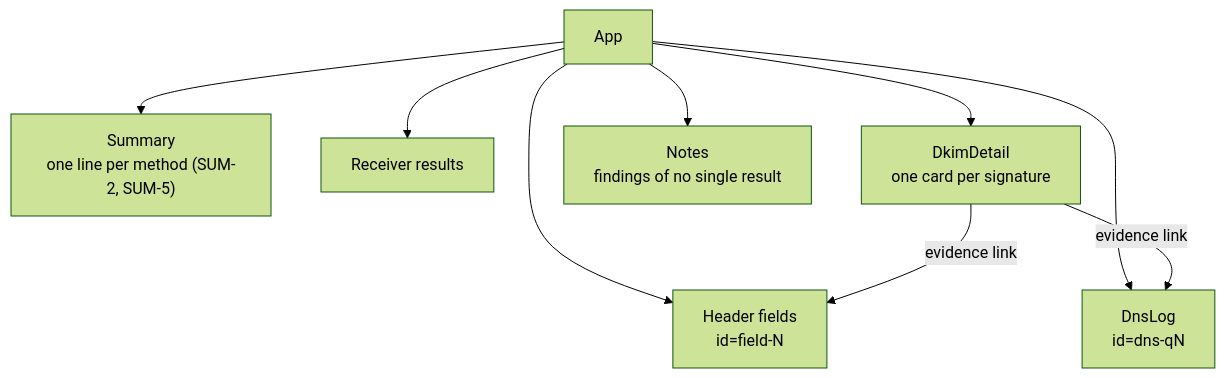
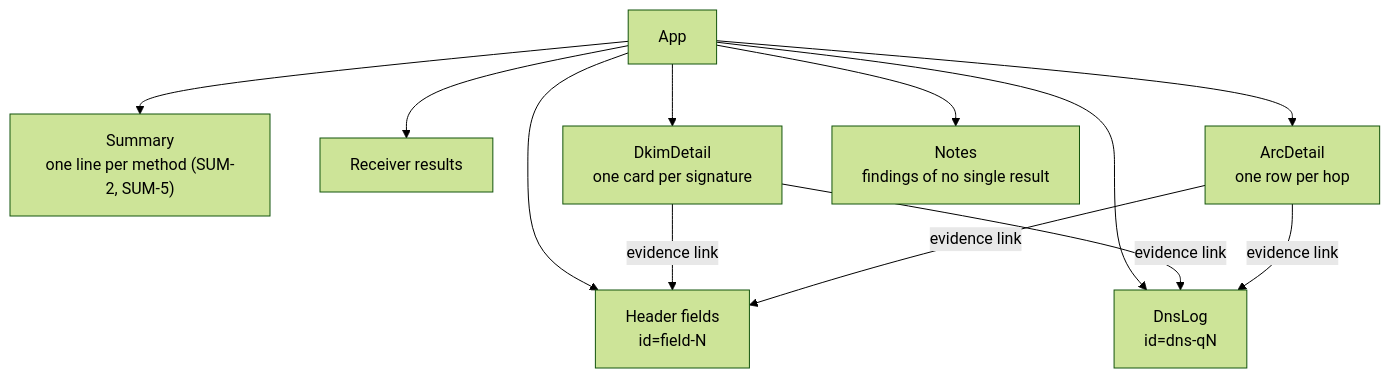
The third of 3 diagrams in docs/explanation/mail-design/ui.md (photom/benchside), drawn with Mermaid (forest theme) before and after one commit. The commit also changed other lines of this file and 6 other files, not shown here.

First line of the commit message:
Show the ARC chain in the mail app

````diff
--- a/docs/explanation/mail-design/ui.md
+++ b/docs/explanation/mail-design/ui.md
@@ -79,10 +79,11 @@
 ```mermaid
 flowchart TD
   App --> Summary["Summary<br/>one line per method (SUM-2, SUM-5)"]
   App --> Receiver[Receiver results]
   App --> Dkim["DkimDetail<br/>one card per signature"]
+  App --> Arc["ArcDetail<br/>one row per hop"]
   App --> Notes["Notes<br/>findings of no single result"]
   App --> Headers["Header fields<br/>id=field-N"]
   App --> DnsLog["DnsLog<br/>id=dns-qN"]
-  Dkim -- "evidence link" --> Headers & DnsLog
+  Dkim & Arc -- "evidence link" --> Headers & DnsLog
 ```
````
